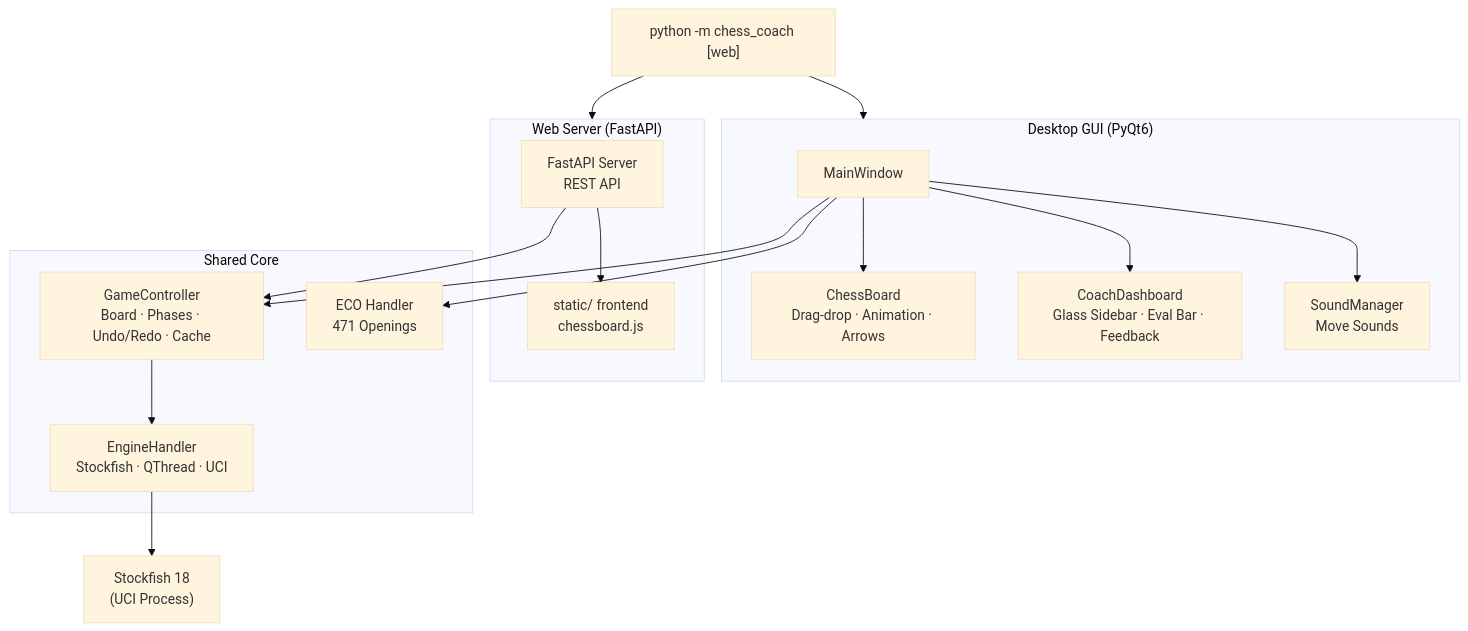
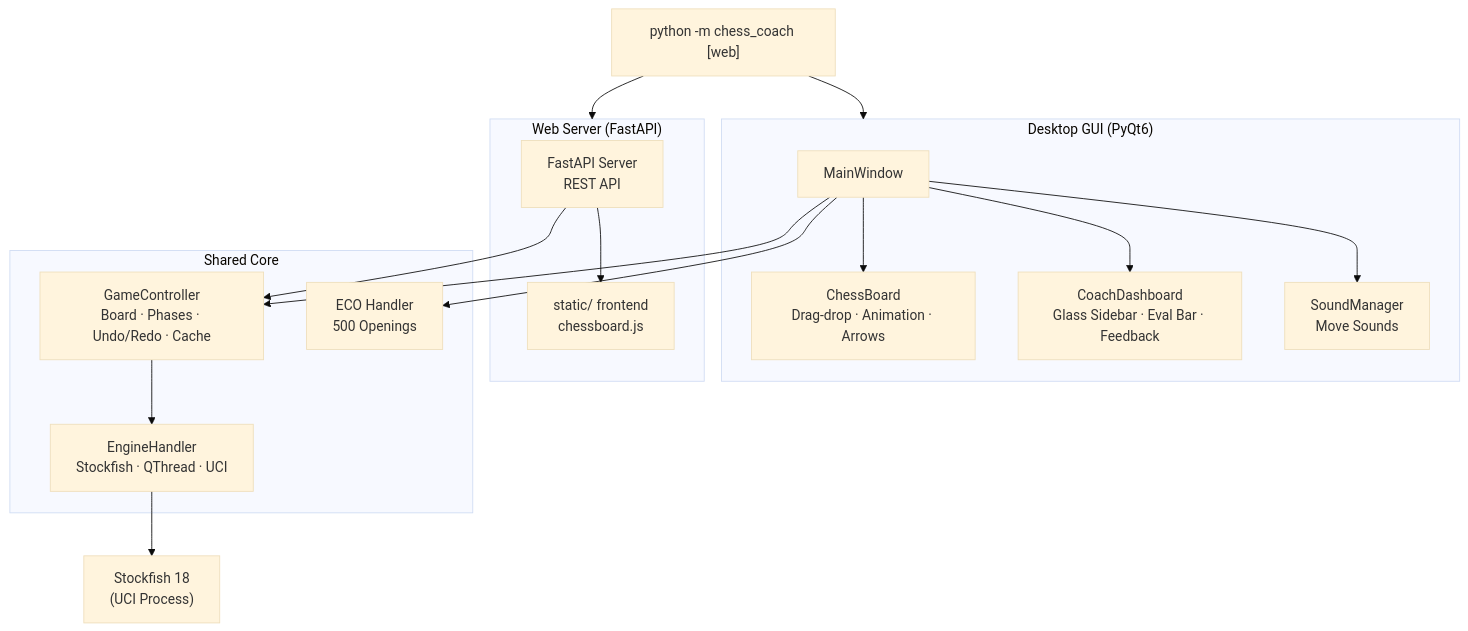
The diagram in README.md (krsnaSuraj/chess-coach), drawn with Mermaid (base theme) before and after one commit. The commit also changed other lines of this file and 7 other files, not shown here.

````diff
--- a/README.md
+++ b/README.md
@@ -242,30 +242,30 @@
 ```mermaid
 graph TB
     MAIN["python -m chess_coach [web]"]
     
     subgraph Desktop["Desktop GUI (PyQt6)"]
         MW["MainWindow"]
         CB["ChessBoard<br/>Drag-drop · Animation · Arrows"]
         CD["CoachDashboard<br/>Glass Sidebar · Eval Bar · Feedback"]
         SP["SoundManager<br/>Move Sounds"]
         MW --> CB & CD & SP
     end
     
     subgraph Web["Web Server (FastAPI)"]
         SV["FastAPI Server<br/>REST API"]
         STATIC["static/ frontend<br/>chessboard.js"]
         SV --> STATIC
     end
     
     subgraph Core["Shared Core"]
         GC["GameController<br/>Board · Phases · Undo/Redo · Cache"]
         EH["EngineHandler<br/>Stockfish · QThread · UCI"]
-        ECO["ECO Handler<br/>471 Openings"]
+        ECO["ECO Handler<br/>500 Openings"]
         GC --> EH
         MW --> GC & ECO
         SV --> GC
     end
     
     MAIN --> Desktop & Web
     EH --> SF["Stockfish 18<br/>(UCI Process)"]
 ```
````
